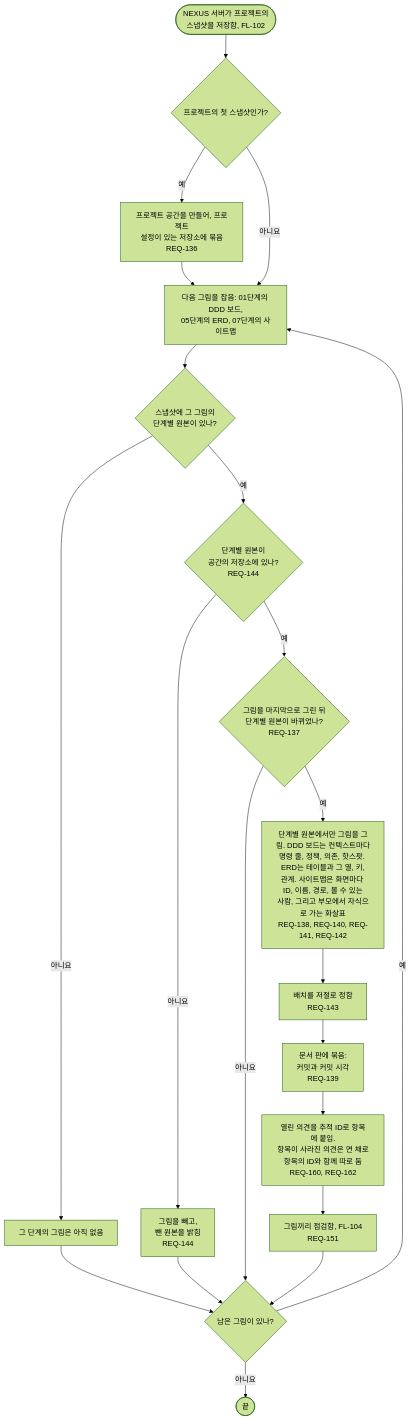
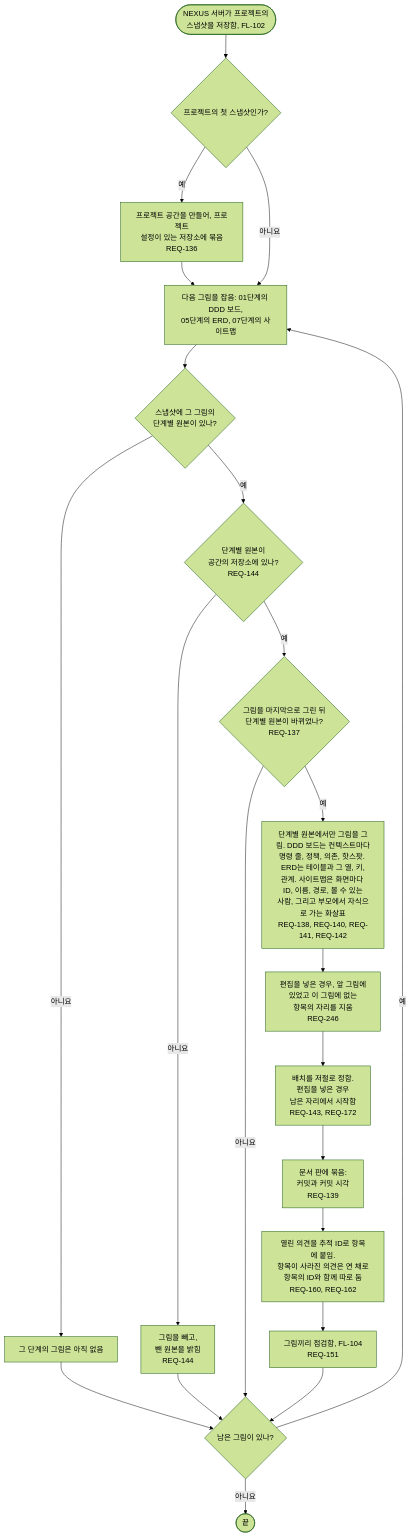
One commit to kodonghui/corthex-nexus changed the diagram in docs/03-user-flow/nexus/FL-103-draw-the-pictures.ko.md. Above: the diagram before and after it, drawn with Mermaid (forest theme). The commit also changed other lines of this file and 24 other files, not shown here.

First line of the commit message:
docs(nexus): define phase ②'s requirements, flows and functional spec

````diff
--- a/docs/03-user-flow/nexus/FL-103-draw-the-pictures.ko.md
+++ b/docs/03-user-flow/nexus/FL-103-draw-the-pictures.ko.md
@@ -9,23 +9,24 @@
 ```mermaid
 flowchart TD
   A(["NEXUS 서버가 프로젝트의<br/>스냅샷을 저장함, FL-102"]) --> B{"프로젝트의 첫 스냅샷인가?"}
   B -->|예| B1["프로젝트 공간을 만들어, 프로젝트<br/>설정이 있는 저장소에 묶음<br/>REQ-136"]
   B -->|아니요| C
   B1 --> C["다음 그림을 잡음: 01단계의 DDD 보드,<br/>05단계의 ERD, 07단계의 사이트맵"]
   C --> D{"스냅샷에 그 그림의<br/>단계별 원본이 있나?"}
   D -->|아니요| D1["그 단계의 그림은 아직 없음"]
   D -->|예| E{"단계별 원본이<br/>공간의 저장소에 있나?<br/>REQ-144"}
   E -->|아니요| E1["그림을 빼고,<br/>뺀 원본을 밝힘<br/>REQ-144"]
   E -->|예| F{"그림을 마지막으로 그린 뒤<br/>단계별 원본이 바뀌었나?<br/>REQ-137"}
   F -->|아니요| N{"남은 그림이 있나?"}
   F -->|예| G["단계별 원본에서만 그림을 그림. DDD 보드는 컨텍스트마다<br/>명령 줄, 정책, 의존, 핫스팟. ERD는 테이블과 그 열, 키,<br/>관계. 사이트맵은 화면마다 ID, 이름, 경로, 볼 수 있는<br/>사람, 그리고 부모에서 자식으로 가는 화살표<br/>REQ-138, REQ-140, REQ-141, REQ-142"]
-  G --> H["배치를 저절로 정함<br/>REQ-143"]
+  G --> G2["편집을 넣은 경우, 앞 그림에<br/>있었고 이 그림에 없는<br/>항목의 자리를 지움<br/>REQ-246"]
+  G2 --> H["배치를 저절로 정함.<br/>편집을 넣은 경우<br/>남은 자리에서 시작함<br/>REQ-143, REQ-172"]
   H --> I["문서 판에 묶음:<br/>커밋과 커밋 시각<br/>REQ-139"]
   I --> J["열린 의견을 추적 ID로 항목에 붙임.<br/>항목이 사라진 의견은 연 채로<br/>항목의 ID와 함께 따로 둠<br/>REQ-160, REQ-162"]
   J --> K["그림끼리 점검함, FL-104<br/>REQ-151"]
   K --> N
   D1 --> N
   E1 --> N
   N -->|예| C
   N -->|아니요| Z(["끝"])
 ```
````
